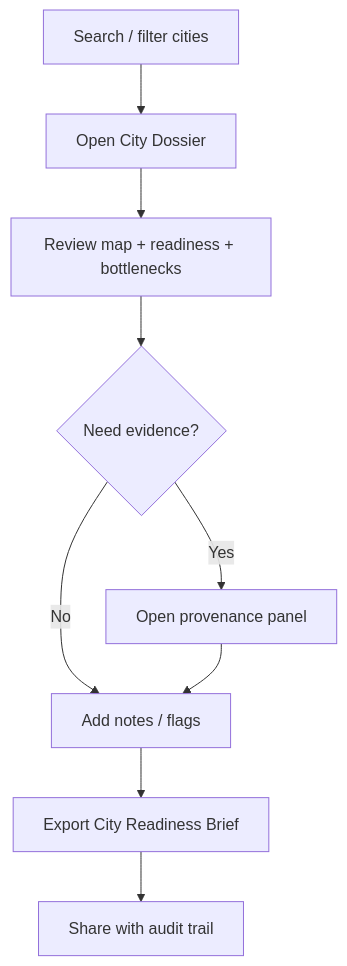
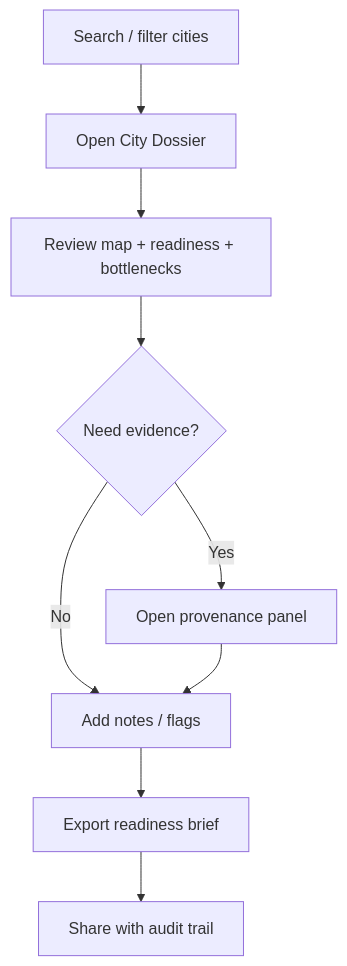
Before and after one commit to bartytime4life/Kansas-Frontier-Matrix: the second of 3 diagrams in README.md, drawn with Mermaid. The commit also changed other lines of this file, not shown here.

````diff
--- a/README.md
+++ b/README.md
@@ -145,11 +334,11 @@
 ```mermaid
 flowchart TD
     A[Search / filter cities] --> B[Open City Dossier]
     B --> C[Review map + readiness + bottlenecks]
     C --> D{Need evidence?}
     D -->|Yes| E[Open provenance panel]
     D -->|No| F[Add notes / flags]
     E --> F
-    F --> G[Export City Readiness Brief]
+    F --> G[Export readiness brief]
     G --> H[Share with audit trail]
 ```
````
